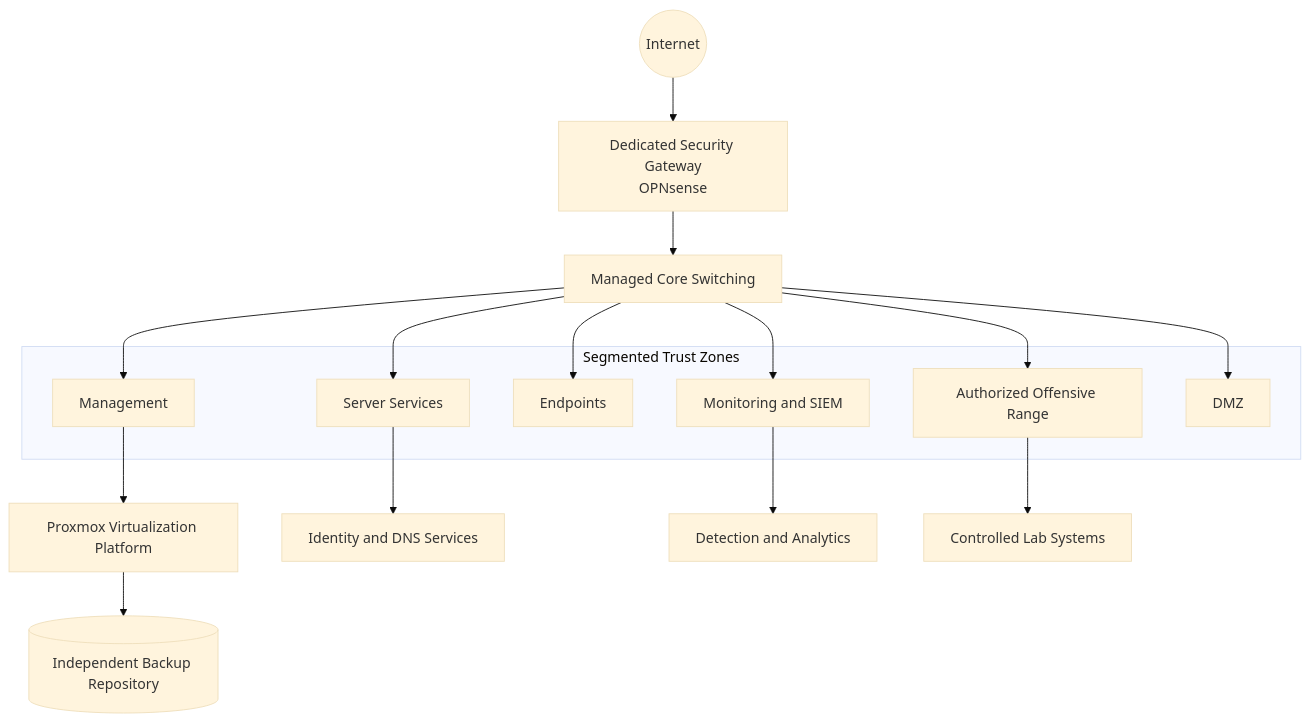
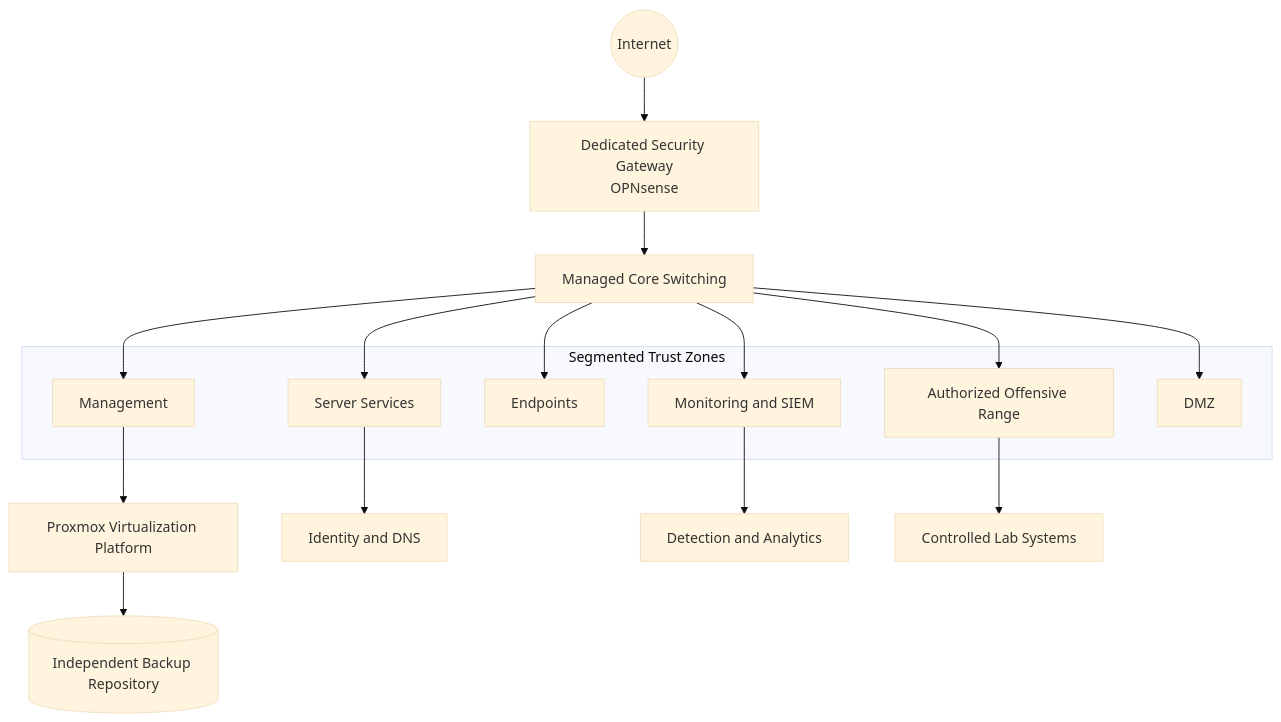
One commit to MehtaPar/M3HT4 changed the second of 3 diagrams in README.md. Above: the diagram before and after it, drawn with Mermaid (base theme). The commit also changed other lines of this file and 25 other files, not shown here.

````diff
--- a/README.md
+++ b/README.md
@@ -74,35 +89,35 @@
 ```mermaid
 flowchart TB
     Internet((Internet))
     Edge[Dedicated Security Gateway<br/>OPNsense]
     Core[Managed Core Switching]
 
-    subgraph Trust["Segmented Trust Zones"]
+    subgraph Zones["Segmented Trust Zones"]
         Mgmt[Management]
         Servers[Server Services]
         Users[Endpoints]
         Monitor[Monitoring and SIEM]
         Offensive[Authorized Offensive Range]
         DMZ[DMZ]
     end
 
-    PVE[Proxmox Virtualization Platform]
-    Identity[Identity and DNS Services]
-    SIEM[Detection and Analytics]
-    Targets[Controlled Lab Systems]
+    Platform[Proxmox Virtualization Platform]
+    Identity[Identity and DNS]
+    Detection[Detection and Analytics]
+    Range[Controlled Lab Systems]
     Backup[(Independent Backup Repository)]
 
     Internet --> Edge --> Core
     Core --> Mgmt
     Core --> Servers
     Core --> Users
     Core --> Monitor
     Core --> Offensive
     Core --> DMZ
 
-    Mgmt --> PVE
+    Mgmt --> Platform
     Servers --> Identity
-    Monitor --> SIEM
-    Offensive --> Targets
-    PVE --> Backup
+    Monitor --> Detection
+    Offensive --> Range
+    Platform --> Backup
 ```
````
